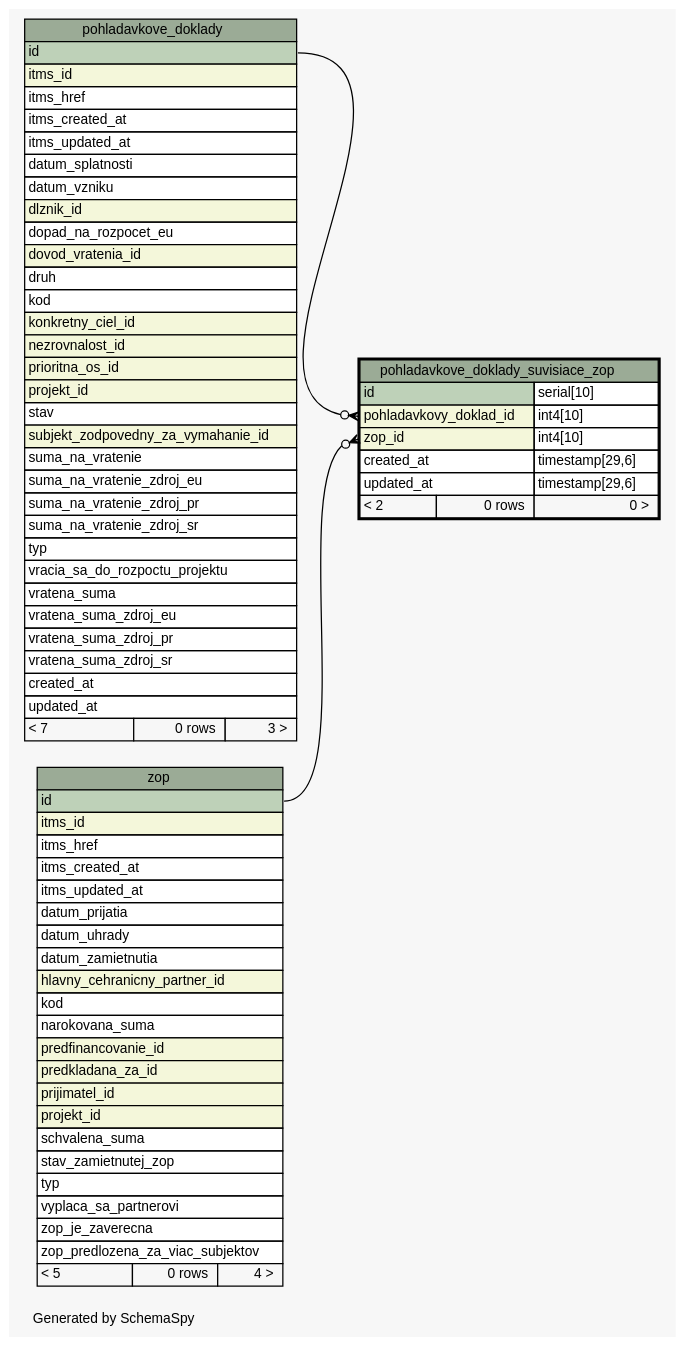
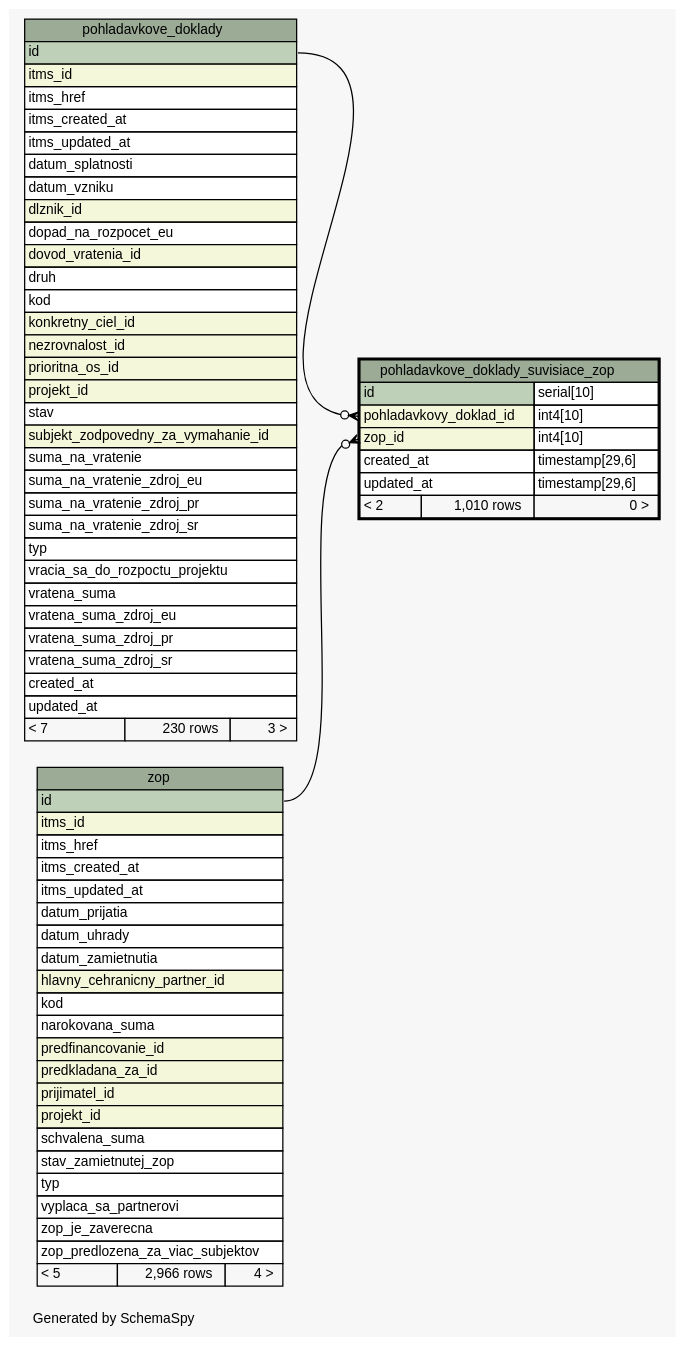
One commit to eronisko/itms_schema changed the diagram in diagrams/pohladavkove_doklady_suvisiace_zop.1degree.dot. Above: the diagram before and after it, drawn with Graphviz. The commit also changed 470 other files, not shown here.

Commit message:
Reload schema data

```diff
--- a/diagrams/pohladavkove_doklady_suvisiace_zop.1degree.dot
+++ b/diagrams/pohladavkove_doklady_suvisiace_zop.1degree.dot
@@ -1,107 +1,107 @@
 // dot 2.38.0 on Linux 4.10.0-38-generic
 // SchemaSpy rev 590
 digraph "oneDegreeRelationshipsDiagram" {
   graph [
     rankdir="RL"
     bgcolor="#f7f7f7"
     label="\nGenerated by SchemaSpy"
     labeljust="l"
     nodesep="0.18"
     ranksep="0.46"
     fontname="Helvetica"
     fontsize="11"
   ];
   node [
     fontname="Helvetica"
     fontsize="11"
     shape="plaintext"
   ];
   edge [
     arrowsize="0.8"
   ];
   "pohladavkove_doklady_suvisiace_zop":"pohladavkovy_doklad_id":w -> "pohladavkove_doklady":"id":e [arrowhead=none dir=back arrowtail=crowodot];
   "pohladavkove_doklady_suvisiace_zop":"zop_id":w -> "zop":"id":e [arrowhead=none dir=back arrowtail=crowodot];
   "pohladavkove_doklady" [
     label=<
     <TABLE BORDER="0" CELLBORDER="1" CELLSPACING="0" BGCOLOR="#ffffff">
       <TR><TD COLSPAN="3" BGCOLOR="#9bab96" ALIGN="CENTER">pohladavkove_doklady</TD></TR>
       <TR><TD PORT="id" COLSPAN="3" BGCOLOR="#bed1b8" ALIGN="LEFT">id</TD></TR>
       <TR><TD PORT="itms_id" COLSPAN="3" BGCOLOR="#f4f7da" ALIGN="LEFT">itms_id</TD></TR>
       <TR><TD PORT="itms_href" COLSPAN="3" ALIGN="LEFT">itms_href</TD></TR>
       <TR><TD PORT="itms_created_at" COLSPAN="3" ALIGN="LEFT">itms_created_at</TD></TR>
       <TR><TD PORT="itms_updated_at" COLSPAN="3" ALIGN="LEFT">itms_updated_at</TD></TR>
       <TR><TD PORT="datum_splatnosti" COLSPAN="3" ALIGN="LEFT">datum_splatnosti</TD></TR>
       <TR><TD PORT="datum_vzniku" COLSPAN="3" ALIGN="LEFT">datum_vzniku</TD></TR>
       <TR><TD PORT="dlznik_id" COLSPAN="3" BGCOLOR="#f4f7da" ALIGN="LEFT">dlznik_id</TD></TR>
       <TR><TD PORT="dopad_na_rozpocet_eu" COLSPAN="3" ALIGN="LEFT">dopad_na_rozpocet_eu</TD></TR>
       <TR><TD PORT="dovod_vratenia_id" COLSPAN="3" BGCOLOR="#f4f7da" ALIGN="LEFT">dovod_vratenia_id</TD></TR>
       <TR><TD PORT="druh" COLSPAN="3" ALIGN="LEFT">druh</TD></TR>
       <TR><TD PORT="kod" COLSPAN="3" ALIGN="LEFT">kod</TD></TR>
       <TR><TD PORT="konkretny_ciel_id" COLSPAN="3" BGCOLOR="#f4f7da" ALIGN="LEFT">konkretny_ciel_id</TD></TR>
       <TR><TD PORT="nezrovnalost_id" COLSPAN="3" BGCOLOR="#f4f7da" ALIGN="LEFT">nezrovnalost_id</TD></TR>
       <TR><TD PORT="prioritna_os_id" COLSPAN="3" BGCOLOR="#f4f7da" ALIGN="LEFT">prioritna_os_id</TD></TR>
       <TR><TD PORT="projekt_id" COLSPAN="3" BGCOLOR="#f4f7da" ALIGN="LEFT">projekt_id</TD></TR>
       <TR><TD PORT="stav" COLSPAN="3" ALIGN="LEFT">stav</TD></TR>
       <TR><TD PORT="subjekt_zodpovedny_za_vymahanie_id" COLSPAN="3" BGCOLOR="#f4f7da" ALIGN="LEFT">subjekt_zodpovedny_za_vymahanie_id</TD></TR>
       <TR><TD PORT="suma_na_vratenie" COLSPAN="3" ALIGN="LEFT">suma_na_vratenie</TD></TR>
       <TR><TD PORT="suma_na_vratenie_zdroj_eu" COLSPAN="3" ALIGN="LEFT">suma_na_vratenie_zdroj_eu</TD></TR>
       <TR><TD PORT="suma_na_vratenie_zdroj_pr" COLSPAN="3" ALIGN="LEFT">suma_na_vratenie_zdroj_pr</TD></TR>
       <TR><TD PORT="suma_na_vratenie_zdroj_sr" COLSPAN="3" ALIGN="LEFT">suma_na_vratenie_zdroj_sr</TD></TR>
       <TR><TD PORT="typ" COLSPAN="3" ALIGN="LEFT">typ</TD></TR>
       <TR><TD PORT="vracia_sa_do_rozpoctu_projektu" COLSPAN="3" ALIGN="LEFT">vracia_sa_do_rozpoctu_projektu</TD></TR>
       <TR><TD PORT="vratena_suma" COLSPAN="3" ALIGN="LEFT">vratena_suma</TD></TR>
       <TR><TD PORT="vratena_suma_zdroj_eu" COLSPAN="3" ALIGN="LEFT">vratena_suma_zdroj_eu</TD></TR>
       <TR><TD PORT="vratena_suma_zdroj_pr" COLSPAN="3" ALIGN="LEFT">vratena_suma_zdroj_pr</TD></TR>
       <TR><TD PORT="vratena_suma_zdroj_sr" COLSPAN="3" ALIGN="LEFT">vratena_suma_zdroj_sr</TD></TR>
       <TR><TD PORT="created_at" COLSPAN="3" ALIGN="LEFT">created_at</TD></TR>
       <TR><TD PORT="updated_at" COLSPAN="3" ALIGN="LEFT">updated_at</TD></TR>
-      <TR><TD ALIGN="LEFT" BGCOLOR="#f7f7f7">&lt; 7</TD><TD ALIGN="RIGHT" BGCOLOR="#f7f7f7">0 rows</TD><TD ALIGN="RIGHT" BGCOLOR="#f7f7f7">3 &gt;</TD></TR>
+      <TR><TD ALIGN="LEFT" BGCOLOR="#f7f7f7">&lt; 7</TD><TD ALIGN="RIGHT" BGCOLOR="#f7f7f7">230 rows</TD><TD ALIGN="RIGHT" BGCOLOR="#f7f7f7">3 &gt;</TD></TR>
     </TABLE>>
     URL="pohladavkove_doklady.html"
     tooltip="pohladavkove_doklady"
   ];
   "pohladavkove_doklady_suvisiace_zop" [
     label=<
     <TABLE BORDER="2" CELLBORDER="1" CELLSPACING="0" BGCOLOR="#ffffff">
       <TR><TD COLSPAN="3" BGCOLOR="#9bab96" ALIGN="CENTER">pohladavkove_doklady_suvisiace_zop</TD></TR>
       <TR><TD PORT="id" COLSPAN="2" BGCOLOR="#bed1b8" ALIGN="LEFT">id</TD><TD PORT="id.type" ALIGN="LEFT">serial[10]</TD></TR>
       <TR><TD PORT="pohladavkovy_doklad_id" COLSPAN="2" BGCOLOR="#f4f7da" ALIGN="LEFT">pohladavkovy_doklad_id</TD><TD PORT="pohladavkovy_doklad_id.type" ALIGN="LEFT">int4[10]</TD></TR>
       <TR><TD PORT="zop_id" COLSPAN="2" BGCOLOR="#f4f7da" ALIGN="LEFT">zop_id</TD><TD PORT="zop_id.type" ALIGN="LEFT">int4[10]</TD></TR>
       <TR><TD PORT="created_at" COLSPAN="2" ALIGN="LEFT">created_at</TD><TD PORT="created_at.type" ALIGN="LEFT">timestamp[29,6]</TD></TR>
       <TR><TD PORT="updated_at" COLSPAN="2" ALIGN="LEFT">updated_at</TD><TD PORT="updated_at.type" ALIGN="LEFT">timestamp[29,6]</TD></TR>
-      <TR><TD ALIGN="LEFT" BGCOLOR="#f7f7f7">&lt; 2</TD><TD ALIGN="RIGHT" BGCOLOR="#f7f7f7">0 rows</TD><TD ALIGN="RIGHT" BGCOLOR="#f7f7f7">0 &gt;</TD></TR>
+      <TR><TD ALIGN="LEFT" BGCOLOR="#f7f7f7">&lt; 2</TD><TD ALIGN="RIGHT" BGCOLOR="#f7f7f7">1,010 rows</TD><TD ALIGN="RIGHT" BGCOLOR="#f7f7f7">0 &gt;</TD></TR>
     </TABLE>>
     URL="pohladavkove_doklady_suvisiace_zop.html"
     tooltip="pohladavkove_doklady_suvisiace_zop"
   ];
   "zop" [
     label=<
     <TABLE BORDER="0" CELLBORDER="1" CELLSPACING="0" BGCOLOR="#ffffff">
       <TR><TD COLSPAN="3" BGCOLOR="#9bab96" ALIGN="CENTER">zop</TD></TR>
       <TR><TD PORT="id" COLSPAN="3" BGCOLOR="#bed1b8" ALIGN="LEFT">id</TD></TR>
       <TR><TD PORT="itms_id" COLSPAN="3" BGCOLOR="#f4f7da" ALIGN="LEFT">itms_id</TD></TR>
       <TR><TD PORT="itms_href" COLSPAN="3" ALIGN="LEFT">itms_href</TD></TR>
       <TR><TD PORT="itms_created_at" COLSPAN="3" ALIGN="LEFT">itms_created_at</TD></TR>
       <TR><TD PORT="itms_updated_at" COLSPAN="3" ALIGN="LEFT">itms_updated_at</TD></TR>
       <TR><TD PORT="datum_prijatia" COLSPAN="3" ALIGN="LEFT">datum_prijatia</TD></TR>
       <TR><TD PORT="datum_uhrady" COLSPAN="3" ALIGN="LEFT">datum_uhrady</TD></TR>
       <TR><TD PORT="datum_zamietnutia" COLSPAN="3" ALIGN="LEFT">datum_zamietnutia</TD></TR>
       <TR><TD PORT="hlavny_cehranicny_partner_id" COLSPAN="3" BGCOLOR="#f4f7da" ALIGN="LEFT">hlavny_cehranicny_partner_id</TD></TR>
       <TR><TD PORT="kod" COLSPAN="3" ALIGN="LEFT">kod</TD></TR>
       <TR><TD PORT="narokovana_suma" COLSPAN="3" ALIGN="LEFT">narokovana_suma</TD></TR>
       <TR><TD PORT="predfinancovanie_id" COLSPAN="3" BGCOLOR="#f4f7da" ALIGN="LEFT">predfinancovanie_id</TD></TR>
       <TR><TD PORT="predkladana_za_id" COLSPAN="3" BGCOLOR="#f4f7da" ALIGN="LEFT">predkladana_za_id</TD></TR>
       <TR><TD PORT="prijimatel_id" COLSPAN="3" BGCOLOR="#f4f7da" ALIGN="LEFT">prijimatel_id</TD></TR>
       <TR><TD PORT="projekt_id" COLSPAN="3" BGCOLOR="#f4f7da" ALIGN="LEFT">projekt_id</TD></TR>
       <TR><TD PORT="schvalena_suma" COLSPAN="3" ALIGN="LEFT">schvalena_suma</TD></TR>
       <TR><TD PORT="stav_zamietnutej_zop" COLSPAN="3" ALIGN="LEFT">stav_zamietnutej_zop</TD></TR>
       <TR><TD PORT="typ" COLSPAN="3" ALIGN="LEFT">typ</TD></TR>
       <TR><TD PORT="vyplaca_sa_partnerovi" COLSPAN="3" ALIGN="LEFT">vyplaca_sa_partnerovi</TD></TR>
       <TR><TD PORT="zop_je_zaverecna" COLSPAN="3" ALIGN="LEFT">zop_je_zaverecna</TD></TR>
       <TR><TD PORT="zop_predlozena_za_viac_subjektov" COLSPAN="3" ALIGN="LEFT">zop_predlozena_za_viac_subjektov</TD></TR>
-      <TR><TD ALIGN="LEFT" BGCOLOR="#f7f7f7">&lt; 5</TD><TD ALIGN="RIGHT" BGCOLOR="#f7f7f7">0 rows</TD><TD ALIGN="RIGHT" BGCOLOR="#f7f7f7">4 &gt;</TD></TR>
+      <TR><TD ALIGN="LEFT" BGCOLOR="#f7f7f7">&lt; 5</TD><TD ALIGN="RIGHT" BGCOLOR="#f7f7f7">2,966 rows</TD><TD ALIGN="RIGHT" BGCOLOR="#f7f7f7">4 &gt;</TD></TR>
     </TABLE>>
     URL="zop.html"
     tooltip="zop"
   ];
 }
```
